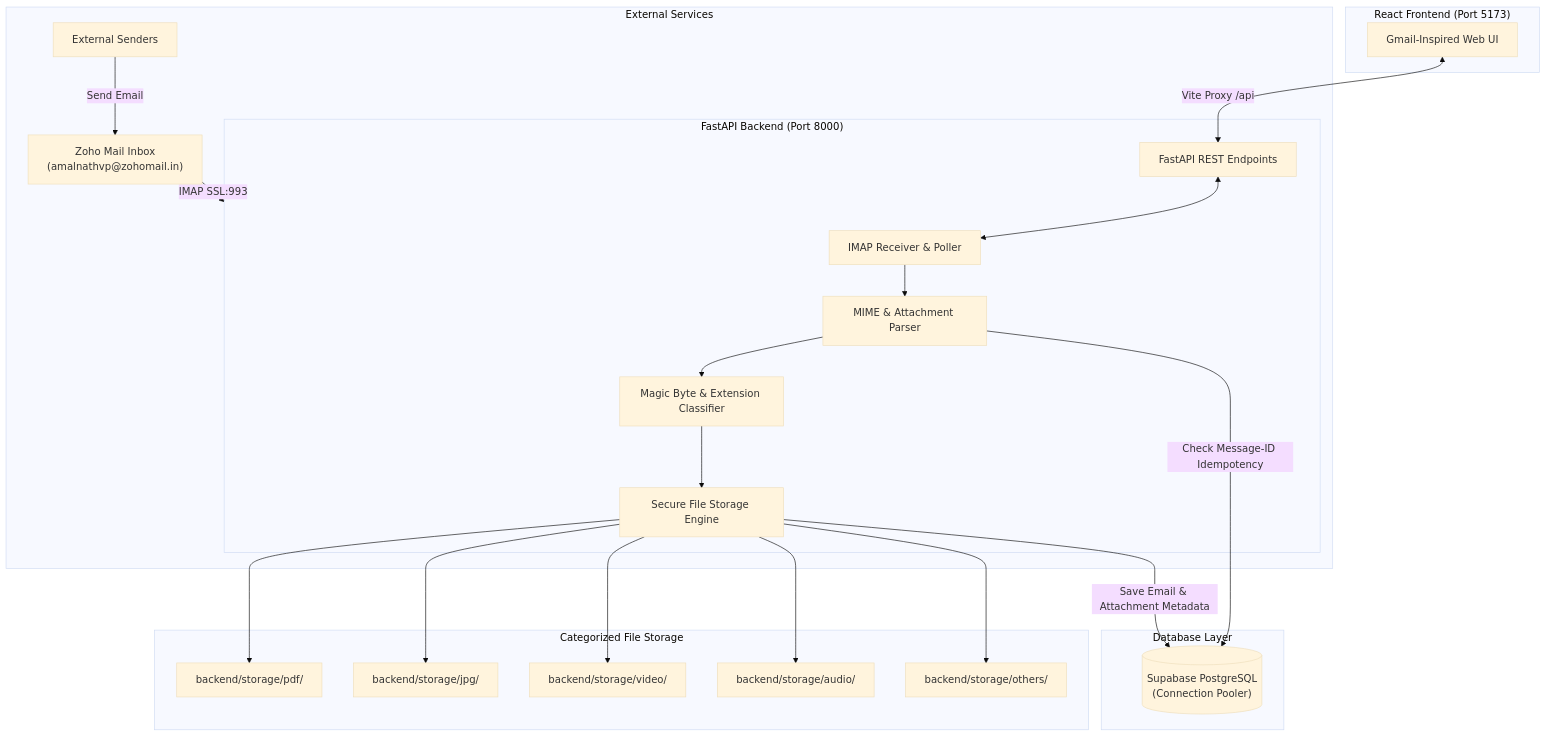
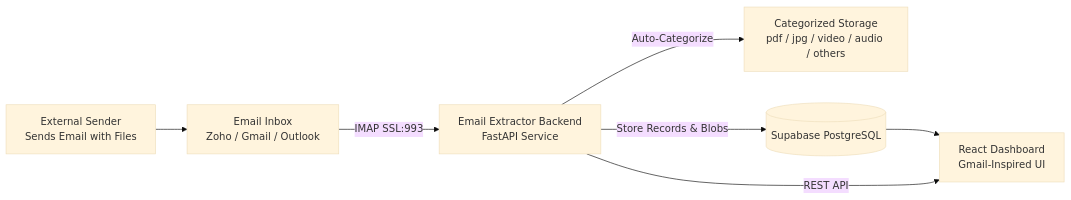
One commit to amalnathvp/email_extractor changed the diagram in README.md. Above: the diagram before and after it, drawn with Mermaid (base theme). The commit also changed other lines of this file and 4 other files, not shown here.

````diff
--- a/README.md
+++ b/README.md
@@ -11,39 +35,9 @@
 ```mermaid
-flowchart TD
-    subgraph External["External Services"]
-        Sender["External Senders"] -->|Send Email| Zoho["Zoho Mail Inbox<br/>(amalnathvp@zohomail.in)"]
-        Zoho -->|IMAP SSL:993| Backend
-    end
-
-    subgraph Backend["FastAPI Backend (Port 8000)"]
-        Receiver["IMAP Receiver & Poller"]
-        Parser["MIME & Attachment Parser"]
-        Classifier["Magic Byte & Extension Classifier"]
-        StorageEngine["Secure File Storage Engine"]
-        API["FastAPI REST Endpoints"]
-        
-        Receiver --> Parser
-        Parser --> Classifier
-        Classifier --> StorageEngine
-        API <--> Receiver
-    end
-
-    subgraph Database["Database Layer"]
-        Supabase[("Supabase PostgreSQL<br/>(Connection Pooler)")]
-        Parser -->|Check Message-ID Idempotency| Supabase
-        StorageEngine -->|Save Email & Attachment Metadata| Supabase
-    end
-
-    subgraph FileStorage["Categorized File Storage"]
-        StorageEngine --> PDF["backend/storage/pdf/"]
-        StorageEngine --> JPG["backend/storage/jpg/"]
-        StorageEngine --> Video["backend/storage/video/"]
-        StorageEngine --> Audio["backend/storage/audio/"]
-        StorageEngine --> Others["backend/storage/others/"]
-    end
-
-    subgraph Frontend["React Frontend (Port 5173)"]
-        UI["Gmail-Inspired Web UI"]
-        UI <-->|Vite Proxy /api| API
-    end
+flowchart LR
+    A[External Sender<br/>Sends Email with Files] --> B[Email Inbox<br/>Zoho / Gmail / Outlook]
+    B -->|IMAP SSL:993| C[Email Extractor Backend<br/>FastAPI Service]
+    C -->|Auto-Categorize| D[Categorized Storage<br/>pdf / jpg / video / audio / others]
+    C -->|Store Records & Blobs| E[(Supabase PostgreSQL)]
+    E --> F[React Dashboard<br/>Gmail-Inspired UI]
+    C -->|REST API| F
 ```
````
